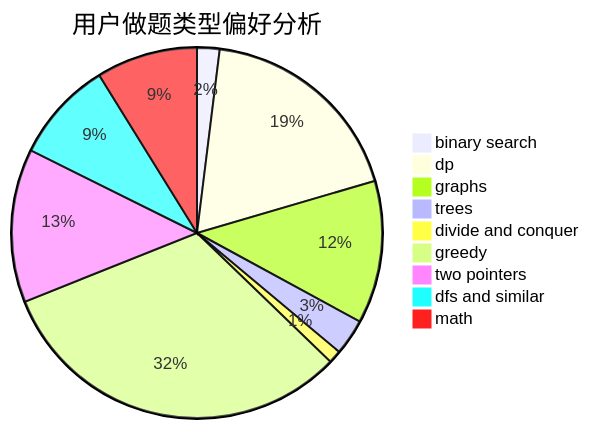
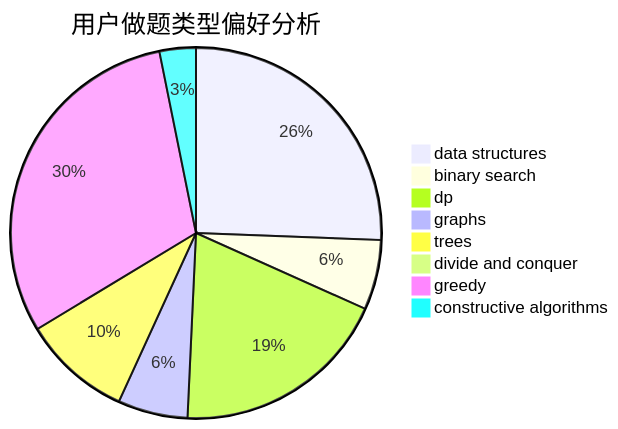
One commit to sherpahu/cfrs.github.io changed the second of 3 diagrams in docs/user/u912.md. Above: the diagram before and after it, drawn with Mermaid. The commit also changed other lines of this file and 2775 other files, not shown here.

````diff
--- a/docs/user/u912.md
+++ b/docs/user/u912.md
@@ -23,12 +23,11 @@
 ```mermaid
 pie title 用户做题类型偏好分析
-    "binary search" :  28
-    "dp" :  264
-    "graphs" :  178
-    "trees" :  45
-    "divide and conquer" :  16
-    "greedy" :  453
-    "two pointers" :  191
-    "dfs and similar" :  126
-    "math" :  126
+    "data structures" :  105
+    "binary search" :  25
+    "dp" :  78
+    "graphs" :  25
+    "trees" :  39
+    "divide and conquer" :  0
+    "greedy" :  125
+    "constructive algorithms" :  13
 ```
````
